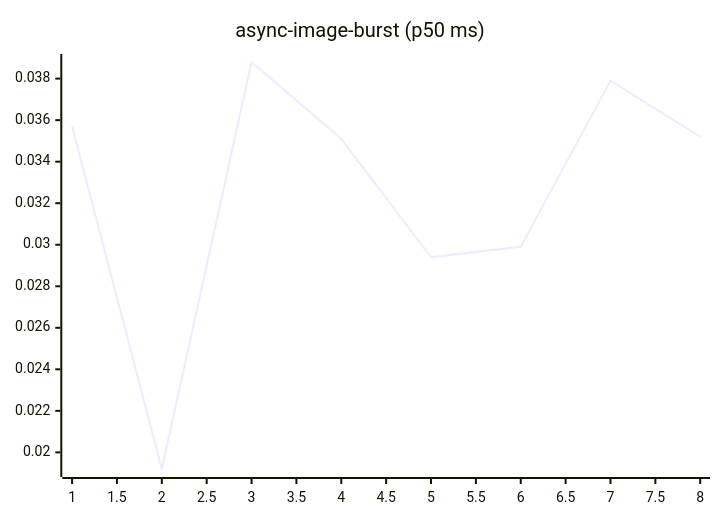
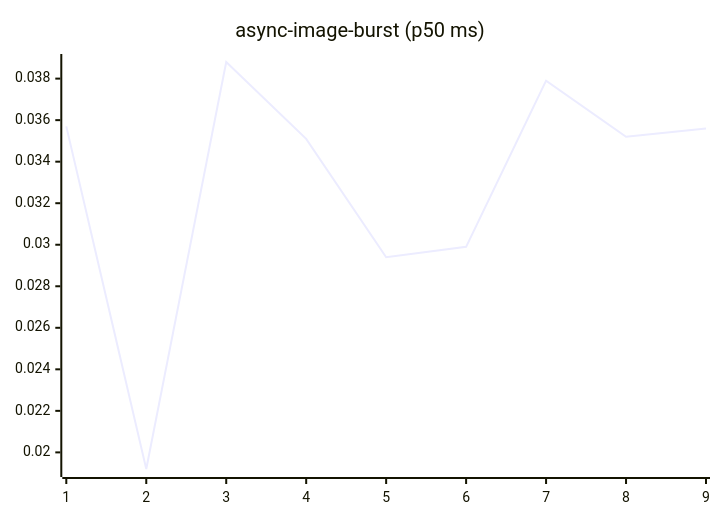
One commit to josha/Facet changed the fourth of 27 diagrams in README.md. Above: the diagram before and after it, drawn with Mermaid. The commit also changed other lines of this file and 2 other files, not shown here.

````diff
--- a/README.md
+++ b/README.md
@@ -84,6 +84,6 @@
 ```mermaid
 xychart-beta
     title "async-image-burst (p50 ms)"
-    x-axis 1 --> 8
-    line [0.0357, 0.0192, 0.0388, 0.0351, 0.0294, 0.0299, 0.0379, 0.0352]
+    x-axis 1 --> 9
+    line [0.0357, 0.0192, 0.0388, 0.0351, 0.0294, 0.0299, 0.0379, 0.0352, 0.0356]
 ```
````
